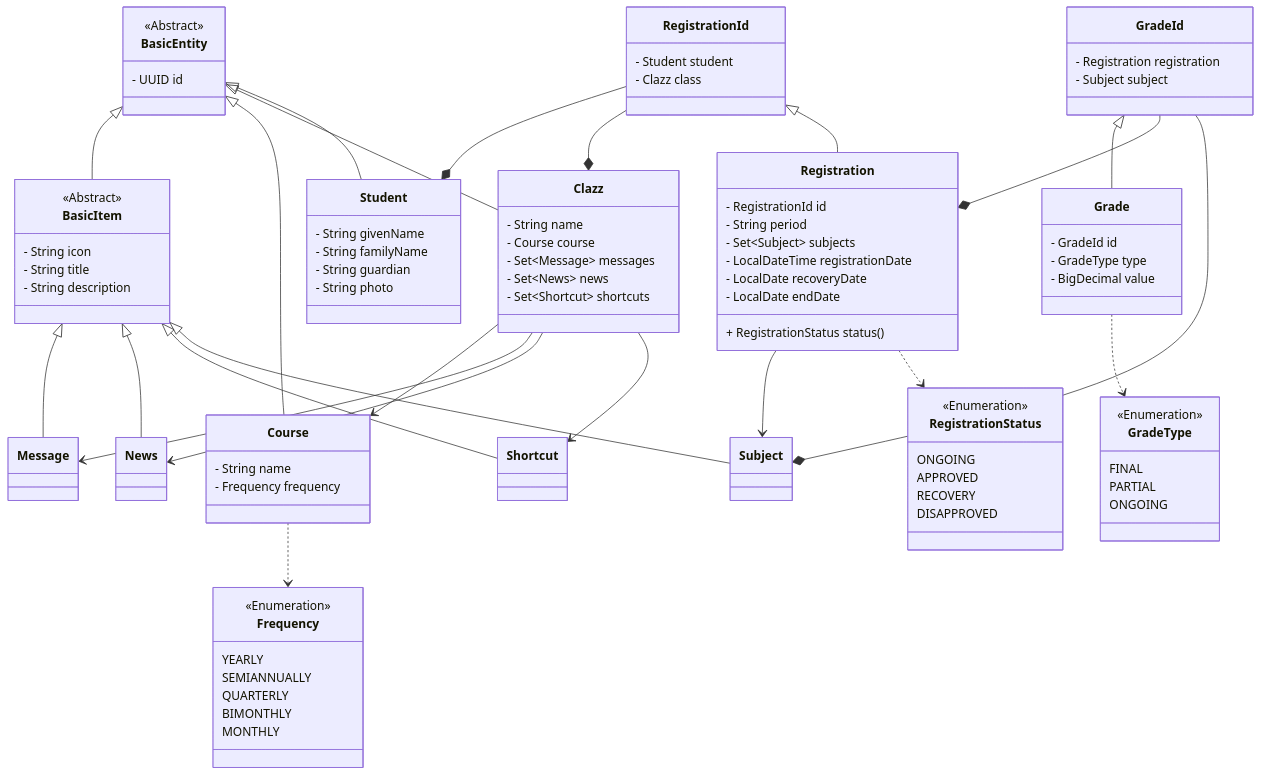
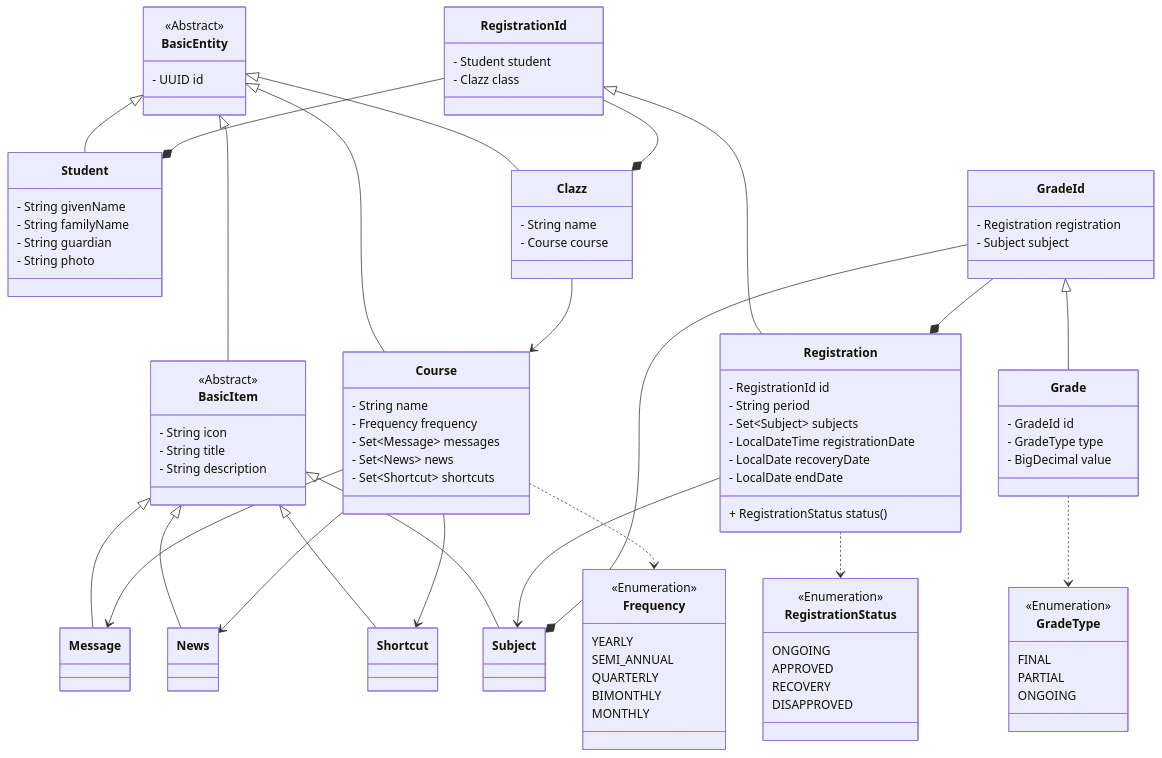
One commit to didifive/ess-api changed the second of 2 diagrams in README.md. Above: the diagram before and after it, drawn with Mermaid.

Commit message:
docs: update readme and diagram

```diff
--- a/README.md
+++ b/README.md
@@ -181,14 +181,14 @@
     class Course {
         - String name
         - Frequency frequency
+        - Set~Message~ messages
+        - Set~News~ news
+        - Set~Shortcut~ shortcuts
     }
 
     class Clazz {
         - String name
         - Course course
-        - Set~Message~ messages
-        - Set~News~ news
-        - Set~Shortcut~ shortcuts
     }
 
     class RegistrationId {
@@ -209,7 +209,7 @@
     class Frequency {
         <<Enumeration>>
         YEARLY
-        SEMIANNUALLY
+        SEMI_ANNUAL
         QUARTERLY
         BIMONTHLY
         MONTHLY
@@ -259,10 +259,10 @@
     BasicItem <|-- Shortcut
     BasicItem <|-- Subject
     Course ..> Frequency
+    Course --> Message
+    Course --> News
+    Course --> Shortcut
     Clazz --> Course
-    Clazz --> Message
-    Clazz --> News
-    Clazz --> Shortcut
     RegistrationId --* Student
     RegistrationId --* Clazz
     RegistrationId <|-- Registration
```
